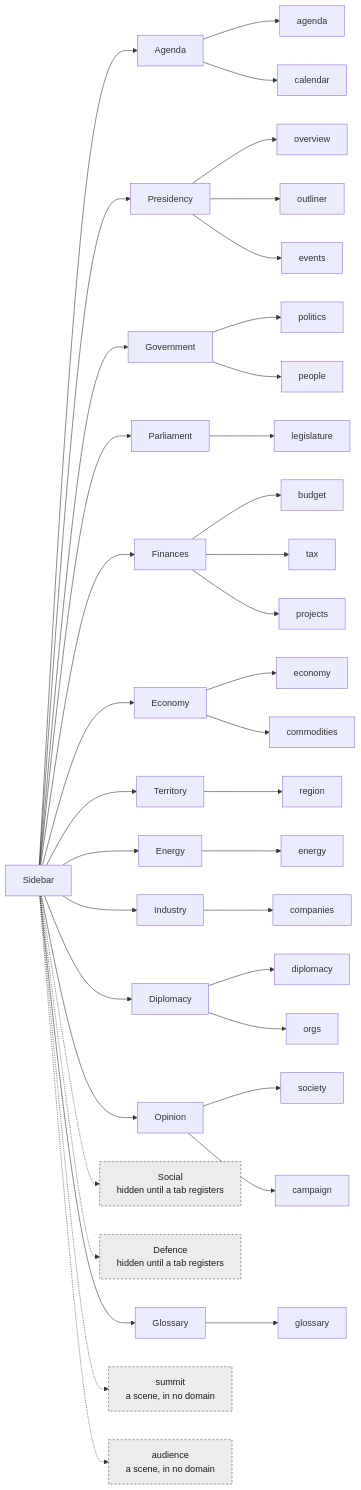
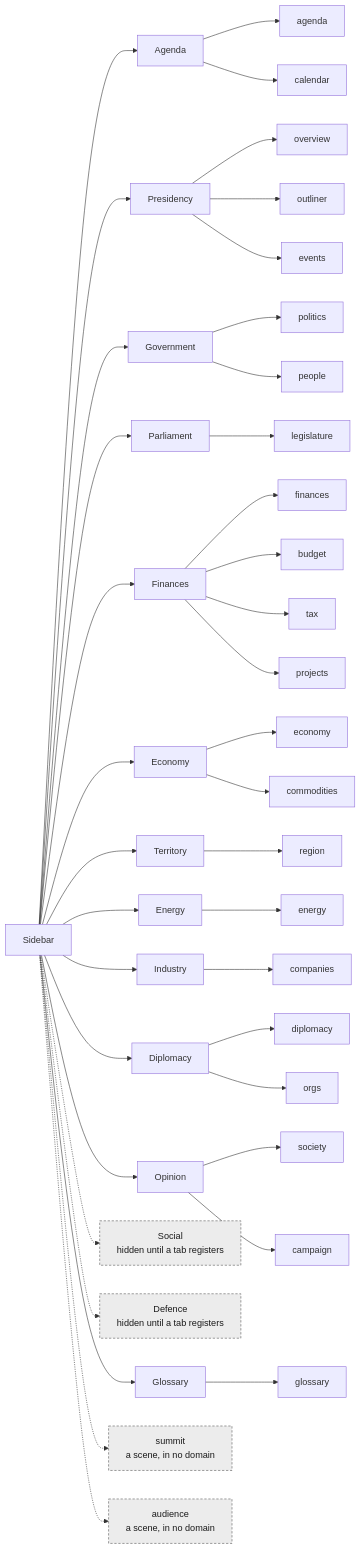
One commit to powerbassist/World-simulator changed the diagram in docs/shell.md. Above: the diagram before and after it, drawn with Mermaid. The commit also changed 22 other files, not shown here.

````diff
--- a/docs/shell.md
+++ b/docs/shell.md
@@ -25,42 +25,43 @@
 ```mermaid
 flowchart LR
   sb["Sidebar"]
   sb --> d_agenda["Agenda"]
   d_agenda --> t_agenda["agenda"]
   d_agenda --> t_calendar["calendar"]
   sb --> d_presidency["Presidency"]
   d_presidency --> t_overview["overview"]
   d_presidency --> t_outliner["outliner"]
   d_presidency --> t_events["events"]
   sb --> d_government["Government"]
   d_government --> t_politics["politics"]
   d_government --> t_people["people"]
   sb --> d_parliament["Parliament"]
   d_parliament --> t_legislature["legislature"]
   sb --> d_finances["Finances"]
+  d_finances --> t_finances["finances"]
   d_finances --> t_budget["budget"]
   d_finances --> t_tax["tax"]
   d_finances --> t_projects["projects"]
   sb --> d_economy["Economy"]
   d_economy --> t_economy["economy"]
   d_economy --> t_commodities["commodities"]
   sb --> d_territory["Territory"]
   d_territory --> t_region["region"]
   sb --> d_energy["Energy"]
   d_energy --> t_energy["energy"]
   sb --> d_industry["Industry"]
   d_industry --> t_companies["companies"]
   sb --> d_diplomacy["Diplomacy"]
   d_diplomacy --> t_diplomacy["diplomacy"]
   d_diplomacy --> t_orgs["orgs"]
   sb --> d_opinion["Opinion"]
   d_opinion --> t_society["society"]
   d_opinion --> t_campaign["campaign"]
   sb -.-> d_social["Social<br/>hidden until a tab registers"]:::hidden
   sb -.-> d_defence["Defence<br/>hidden until a tab registers"]:::hidden
   sb --> d_glossary["Glossary"]
   d_glossary --> t_glossary["glossary"]
   sb -.-> s_summit["summit<br/>a scene, in no domain"]:::hidden
   sb -.-> s_audience["audience<br/>a scene, in no domain"]:::hidden
   classDef hidden stroke-dasharray:4 3,fill:#ececec,stroke:#555,color:#1a1a1a
 ```
````
